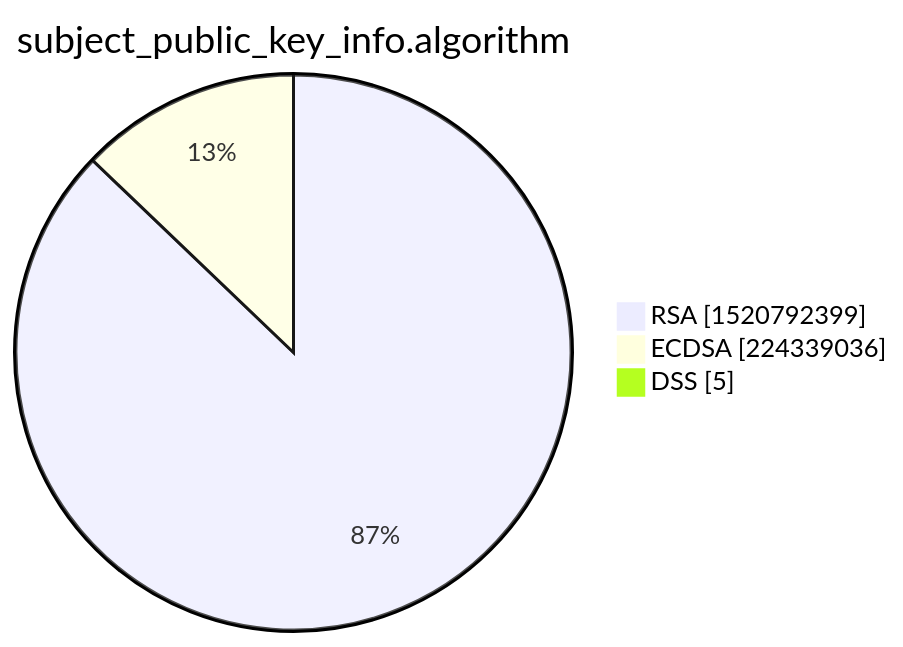
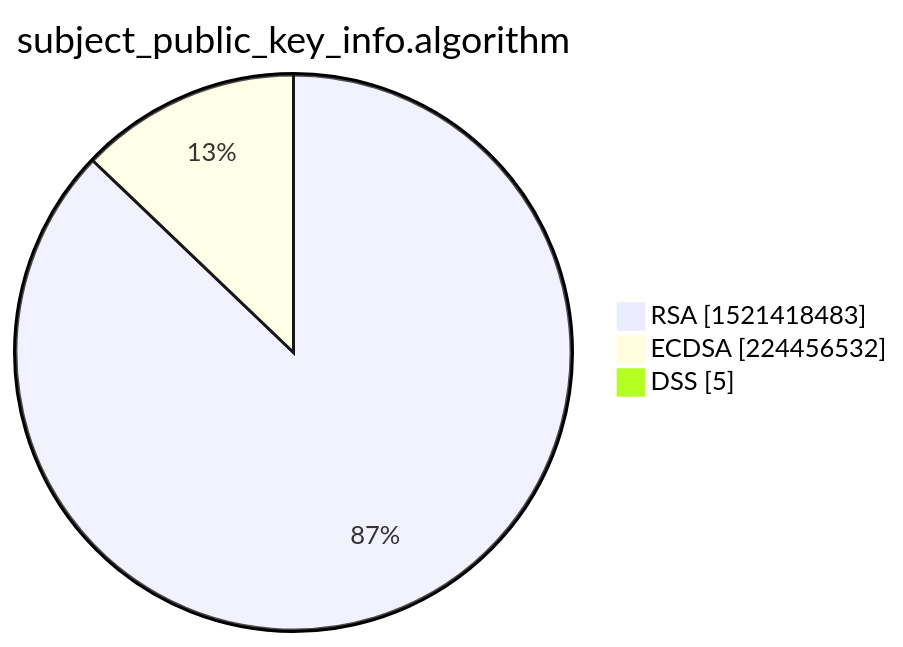
Before and after one commit to christiankrug/ctmonitor_visualization: the third of 15 diagrams in xenon2022/README.md, drawn with Mermaid. The commit also changed other lines of this file, not shown here.

````diff
--- a/xenon2022/README.md
+++ b/xenon2022/README.md
@@ -14,7 +14,7 @@
 ```mermaid
 pie showData
 title subject_public_key_info.algorithm
-"RSA" :1520792399
-"ECDSA" :224339036
+"RSA" :1521418483
+"ECDSA" :224456532
 "DSS" :5
 ```
````
